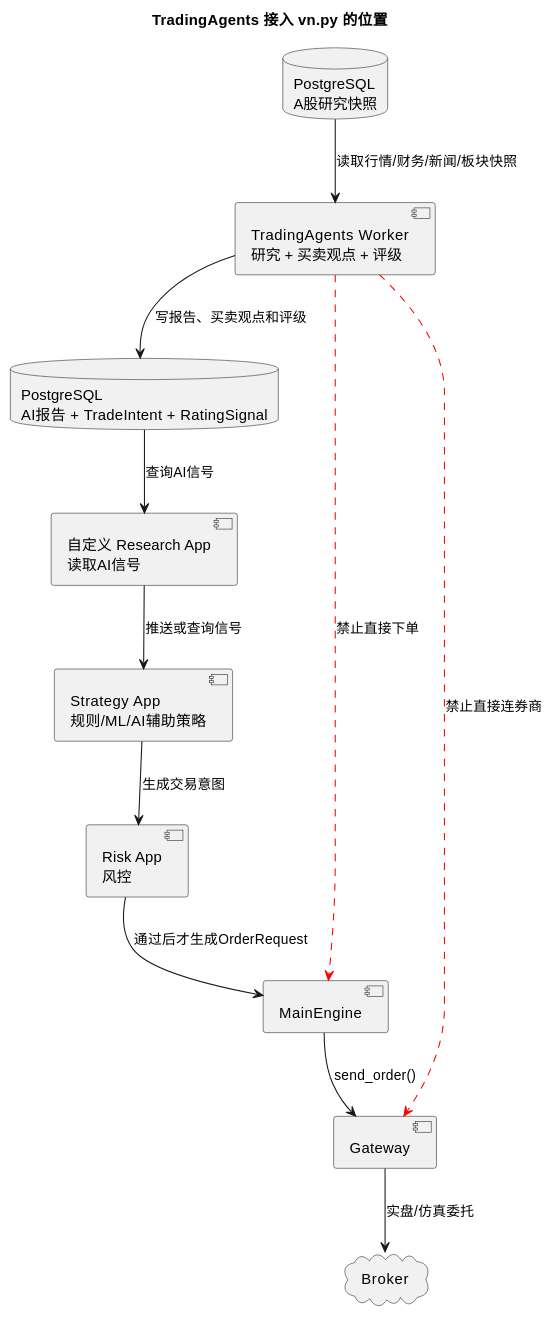
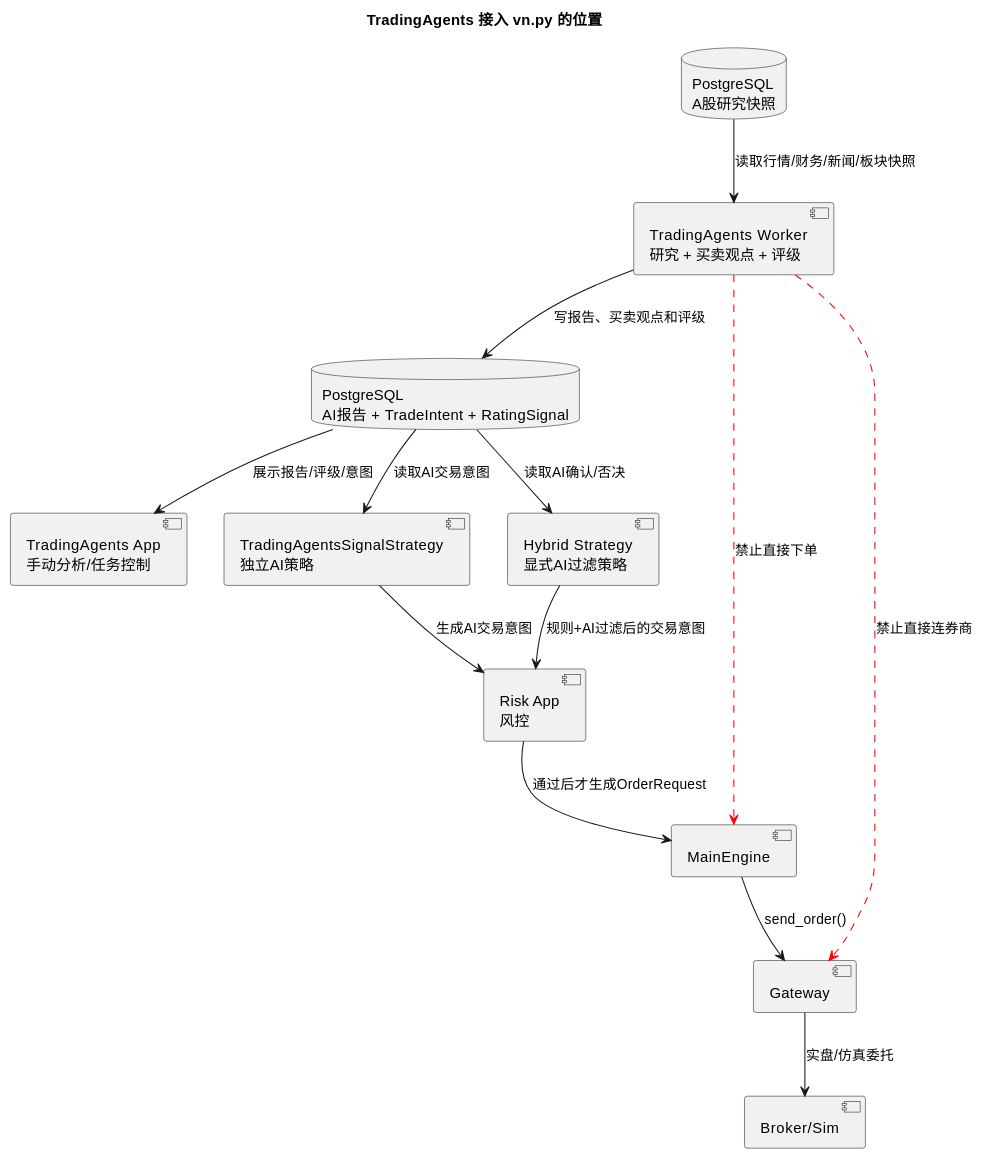
One commit to zhoudirac-C/vnpy changed the sixth of 16 diagrams in docs/community/info/custom_quant_architecture.md. Above: the diagram before and after it, drawn with PlantUML. The commit also changed other lines of this file and 24 other files, not shown here.

Commit message:
feat: add independent TradingAgents strategy flow

````diff
--- a/docs/community/info/custom_quant_architecture.md
+++ b/docs/community/info/custom_quant_architecture.md
@@ -358,31 +358,34 @@
 ```plantuml
 @startuml
 title TradingAgents 接入 vn.py 的位置
 
 skinparam shadowing false
 skinparam packageStyle rectangle
 
 database "PostgreSQL\nA股研究快照" as PG
 component "TradingAgents Worker\n研究 + 买卖观点 + 评级" as TA
 database "PostgreSQL\nAI报告 + TradeIntent + RatingSignal" as SignalStore
-component "自定义 Research App\n读取AI信号" as ResearchApp
-component "Strategy App\n规则/ML/AI辅助策略" as Strategy
+component "TradingAgents App\n手动分析/任务控制" as TAApp
+component "TradingAgentsSignalStrategy\n独立AI策略" as AIStrategy
+component "Hybrid Strategy\n显式AI过滤策略" as Hybrid
 component "Risk App\n风控" as Risk
 component "MainEngine" as Main
 component "Gateway" as Gateway
-cloud "Broker" as Broker
+component "Broker/Sim" as Broker
 
 PG --> TA : 读取行情/财务/新闻/板块快照
 TA --> SignalStore : 写报告、买卖观点和评级
-SignalStore --> ResearchApp : 查询AI信号
-ResearchApp --> Strategy : 推送或查询信号
-Strategy --> Risk : 生成交易意图
+SignalStore --> TAApp : 展示报告/评级/意图
+SignalStore --> AIStrategy : 读取AI交易意图
+SignalStore --> Hybrid : 读取AI确认/否决
+AIStrategy --> Risk : 生成AI交易意图
+Hybrid --> Risk : 规则+AI过滤后的交易意图
 Risk --> Main : 通过后才生成OrderRequest
 Main --> Gateway : send_order()
 Gateway --> Broker : 实盘/仿真委托
 
 TA -[#red,dashed]-> Main : 禁止直接下单
 TA -[#red,dashed]-> Gateway : 禁止直接连券商
 
 @enduml
 ```
````
